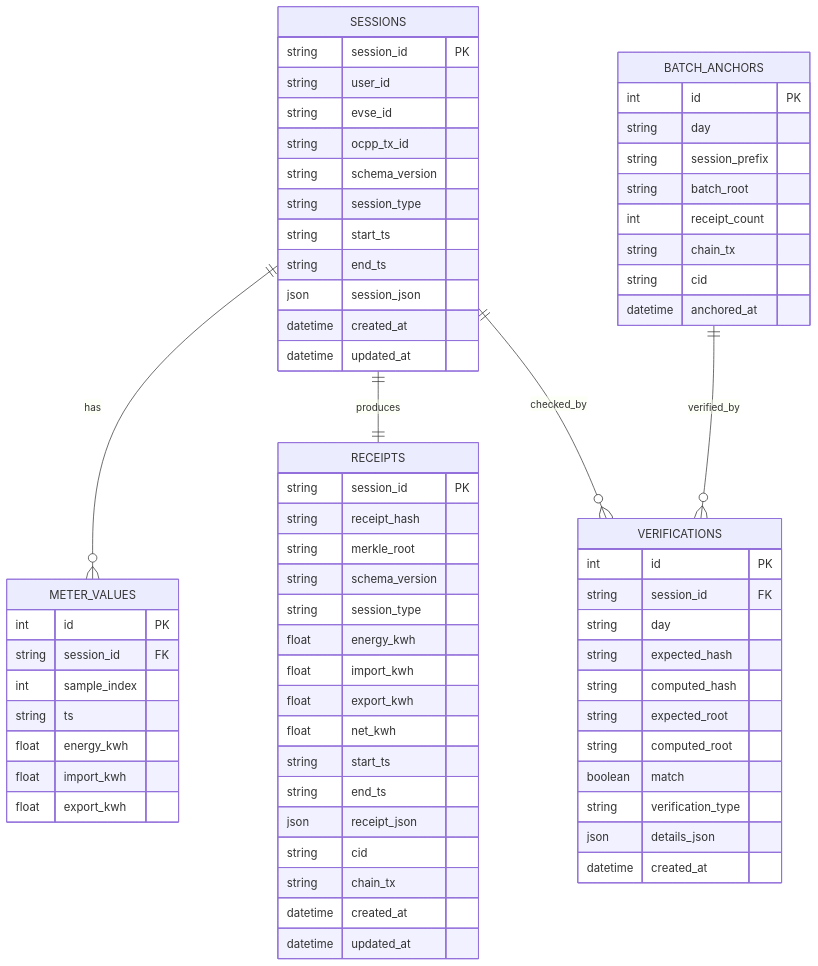
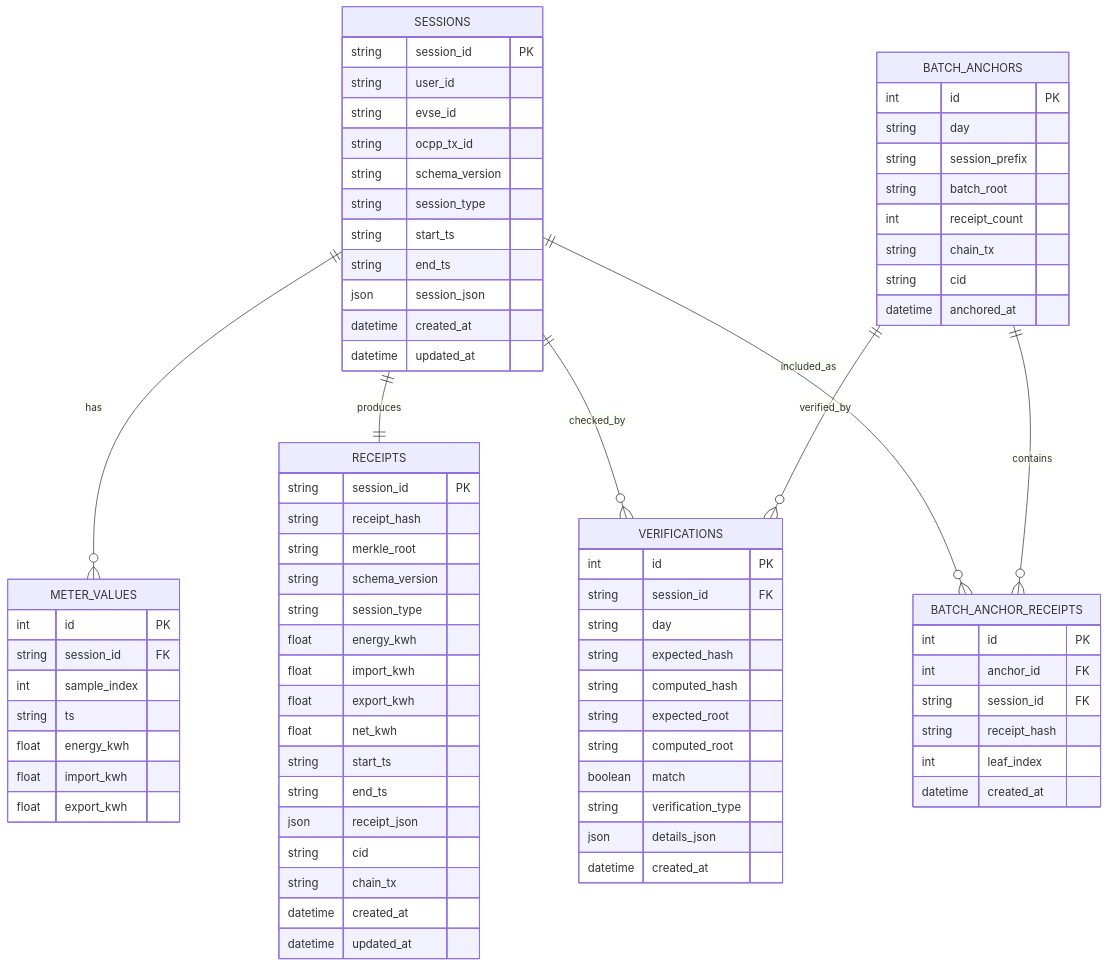
Before and after one commit to ErenisR/proof-of-charge: the second of 2 diagrams in README.md, drawn with Mermaid. The commit also changed other lines of this file and 9 other files, not shown here.

Commit message:
Add changes for batch_anchor_receipts and migration

```diff
--- a/README.md
+++ b/README.md
@@ -184,6 +185,8 @@
   SESSIONS ||--o{ METER_VALUES : has
   SESSIONS ||--|| RECEIPTS : produces
   SESSIONS ||--o{ VERIFICATIONS : checked_by
+  SESSIONS ||--o{ BATCH_ANCHOR_RECEIPTS : included_as
+  BATCH_ANCHORS ||--o{ BATCH_ANCHOR_RECEIPTS : contains
   BATCH_ANCHORS ||--o{ VERIFICATIONS : verified_by
 
   SESSIONS {
@@ -240,6 +243,15 @@
     datetime anchored_at
   }
 
+  BATCH_ANCHOR_RECEIPTS {
+    int id PK
+    int anchor_id FK
+    string session_id FK
+    string receipt_hash
+    int leaf_index
+    datetime created_at
+  }
+
   VERIFICATIONS {
     int id PK
     string session_id FK
```
